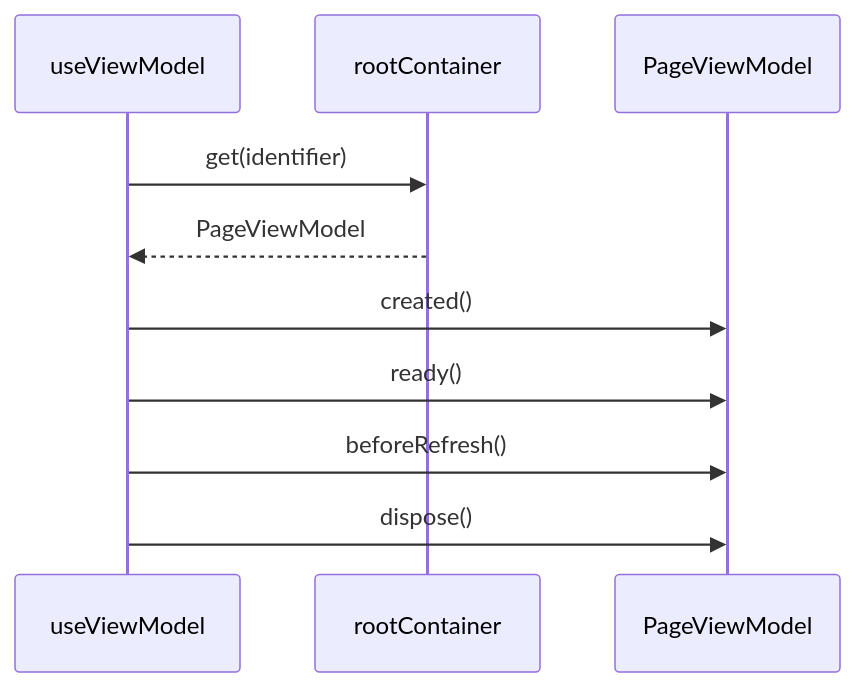
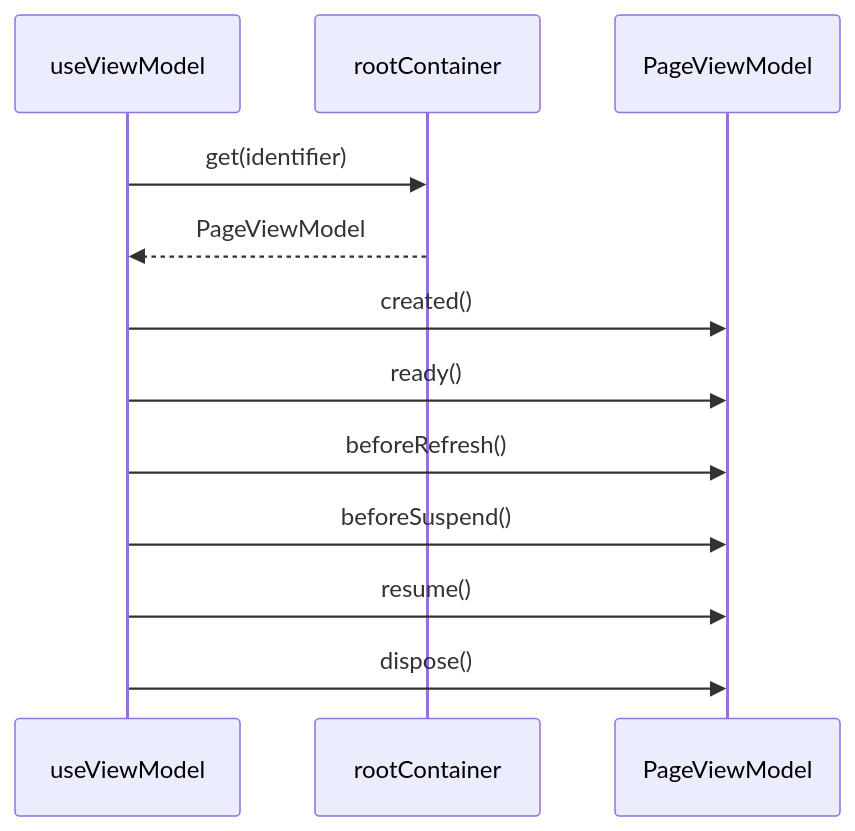
The diagram in doc/项目文档/基础应用/生命周期(lifecycle).md (bql-691/bq_react), drawn with Mermaid before and after one commit. The commit also changed other lines of this file, not shown here.

First line of the commit message:
docs(app-lifecycle): describe suspend and resume callbacks

````diff
--- a/doc/项目文档/基础应用/生命周期(lifecycle).md
+++ b/doc/项目文档/基础应用/生命周期(lifecycle).md
@@ -38,13 +38,15 @@
 ```mermaid
 sequenceDiagram
   participant useViewModel
   participant rootContainer
   participant PageViewModel
 
   useViewModel->>rootContainer: get(identifier)
   rootContainer-->>useViewModel: PageViewModel
   useViewModel->>PageViewModel: created()
   useViewModel->>PageViewModel: ready()
   useViewModel->>PageViewModel: beforeRefresh()
+  useViewModel->>PageViewModel: beforeSuspend()
+  useViewModel->>PageViewModel: resume()
   useViewModel->>PageViewModel: dispose()
 ```
````
